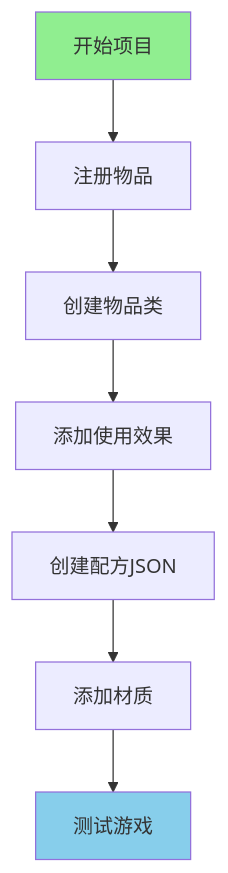
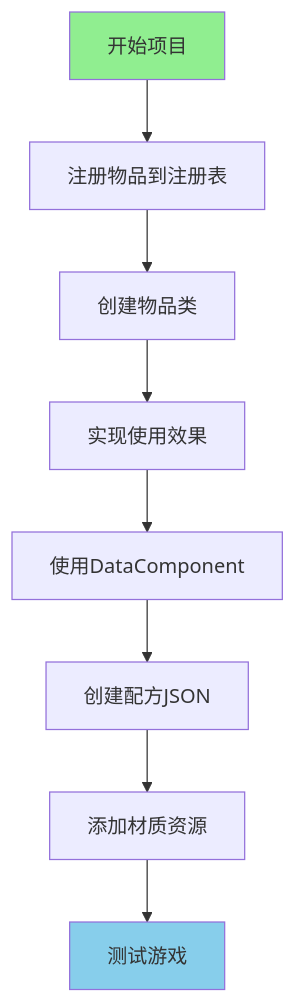
The diagram in content/mc/1.21/core/-/tutorials/Part-12-Practice/99-project2-item.md (BaiGave/Minecraft-Learning), drawn with Mermaid before and after one commit. The commit also changed other lines of this file and 395 other files, not shown here.

````diff
--- a/content/mc/1.21/core/-/tutorials/Part-12-Practice/99-project2-item.md
+++ b/content/mc/1.21/core/-/tutorials/Part-12-Practice/99-project2-item.md
@@ -26,12 +30,13 @@
 ```mermaid
 flowchart TD
-    A[开始项目] --> B[注册物品]
+    A[开始项目] --> B[注册物品到注册表]
     B --> C[创建物品类]
-    C --> D[添加使用效果]
-    D --> E[创建配方JSON]
-    E --> F[添加材质]
-    F --> G[测试游戏]
+    C --> D[实现使用效果]
+    D --> E[使用DataComponent]
+    E --> F[创建配方JSON]
+    F --> G[添加材质资源]
+    G --> H[测试游戏]
     
     style A fill:#90EE90
-    style G fill:#87CEEB
+    style H fill:#87CEEB
 ```
````
